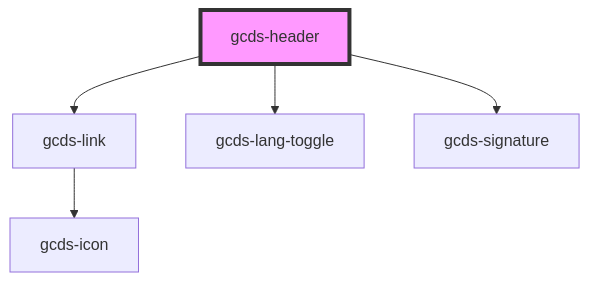
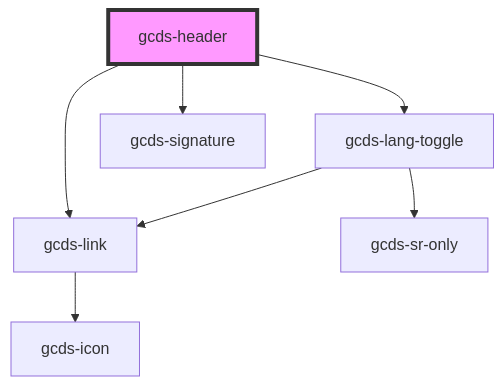
One commit to cds-snc/gcds-components changed the diagram in packages/web/src/components/gcds-header/readme.md. Above: the diagram before and after it, drawn with Mermaid. The commit also changed 159 other files, not shown here.

````diff
--- a/packages/web/src/components/gcds-header/readme.md
+++ b/packages/web/src/components/gcds-header/readme.md
@@ -27,8 +27,10 @@
 ```mermaid
 graph TD;
   gcds-header --> gcds-link
   gcds-header --> gcds-lang-toggle
   gcds-header --> gcds-signature
   gcds-link --> gcds-icon
+  gcds-lang-toggle --> gcds-sr-only
+  gcds-lang-toggle --> gcds-link
   style gcds-header fill:#f9f,stroke:#333,stroke-width:4px
 ```
````
